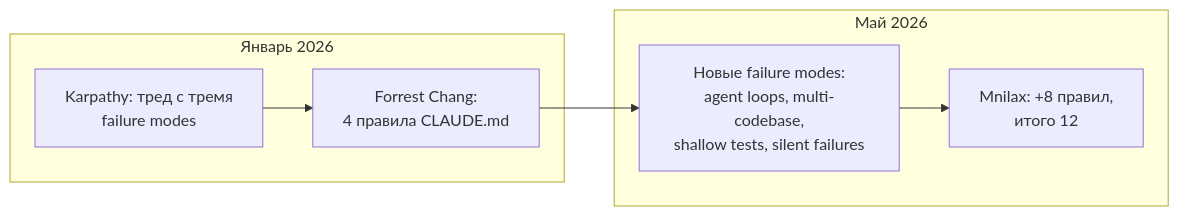
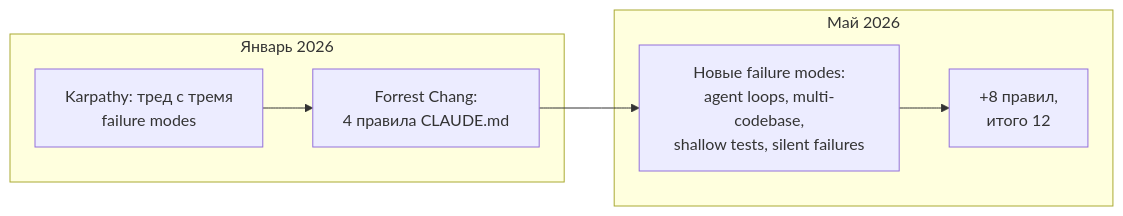
One commit to node-develop/astro-blog changed the diagram in src/content/posts/claude-md-12-rules.md. Above: the diagram before and after it, drawn with Mermaid. The commit also changed other lines of this file and 1 other file, not shown here.

````diff
--- a/src/content/posts/claude-md-12-rules.md
+++ b/src/content/posts/claude-md-12-rules.md
@@ -52,11 +68,11 @@
 ```mermaid
 flowchart LR
   subgraph jan["Январь 2026"]
     K["Karpathy: тред с тремя<br/>failure modes"]
     K --> F["Forrest Chang:<br/>4 правила CLAUDE.md"]
   end
   subgraph may["Май 2026"]
     F --> N["Новые failure modes:<br/>agent loops, multi-codebase,<br/>shallow tests, silent failures"]
-    N --> M["Mnilax: +8 правил,<br/>итого 12"]
+    N --> M["+8 правил,<br/>итого 12"]
   end
 ```
````
